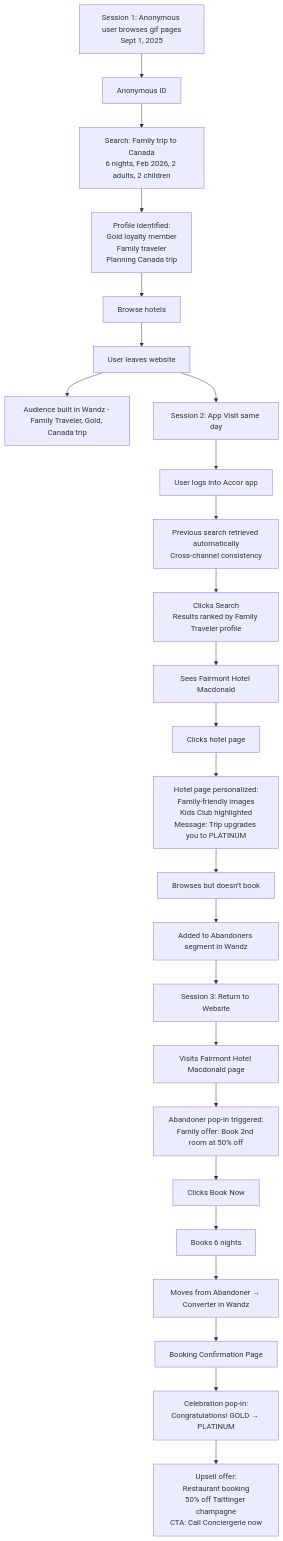
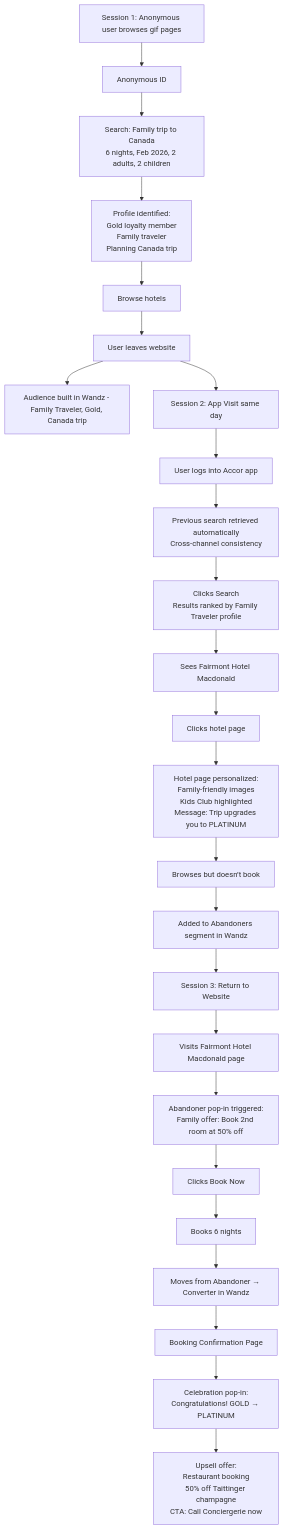
One commit to valoudefou/luxury-perosnalisation-across-channel changed the diagram in README.md. Above: the diagram before and after it, drawn with Mermaid.

````diff
--- a/README.md
+++ b/README.md
@@ -1,34 +1,34 @@
 ```mermaid
 flowchart TD
     %% Session 1 - Website
-    A1[Session 1: Anonymous user browses gif pages<br>Sept 1, 2025] --> B1[Anonymous ID]
+    A1[Session 1: Anonymous user browses gif pages] --> B1[Anonymous ID]
     B1 --> C1[Search: Family trip to Canada<br>6 nights, Feb 2026, 2 adults, 2 children]
     C1 --> D1[Profile identified:<br>Gold loyalty member<br>Family traveler<br>Planning Canada trip]
     D1 --> E1[Browse hotels]
     E1 --> F1[User leaves website]
     F1 --> G1[Audience built in Wandz - Family Traveler, Gold, Canada trip]
 
     %% Session 2 - App Visit
     F1 --> A2[Session 2: App Visit same day]
     A2 --> B2[User logs into Accor app]
     B2 --> C2[Previous search retrieved automatically<br>Cross-channel consistency]
     C2 --> D2[Clicks Search<br>Results ranked by Family Traveler profile]
     D2 --> E2[Sees Fairmont Hotel Macdonald]
     E2 --> F2[Clicks hotel page]
     F2 --> G2[Hotel page personalized:<br>Family-friendly images<br>Kids Club highlighted<br>Message: Trip upgrades you to PLATINUM]
     G2 --> H2[Browses but doesn’t book]
     H2 --> I2[Added to Abandoners segment in Wandz]
 
     %% Session 3 - Return to Website
     I2 --> A3[Session 3: Return to Website]
     A3 --> B3[Visits Fairmont Hotel Macdonald page]
     B3 --> C3[Abandoner pop-in triggered:<br>Family offer: Book 2nd room at 50% off]
     C3 --> D3[Clicks Book Now]
     D3 --> E3[Books 6 nights]
     E3 --> F3[Moves from Abandoner → Converter in Wandz]
 
     %% Confirmation & Upsell
     F3 --> G3[Booking Confirmation Page]
     G3 --> H3[Celebration pop-in:<br>Congratulations! GOLD → PLATINUM]
     H3 --> I3[Upsell offer:<br>Restaurant booking<br>50% off Taittinger champagne<br>CTA: Call Conciergerie now]
 ```
````
